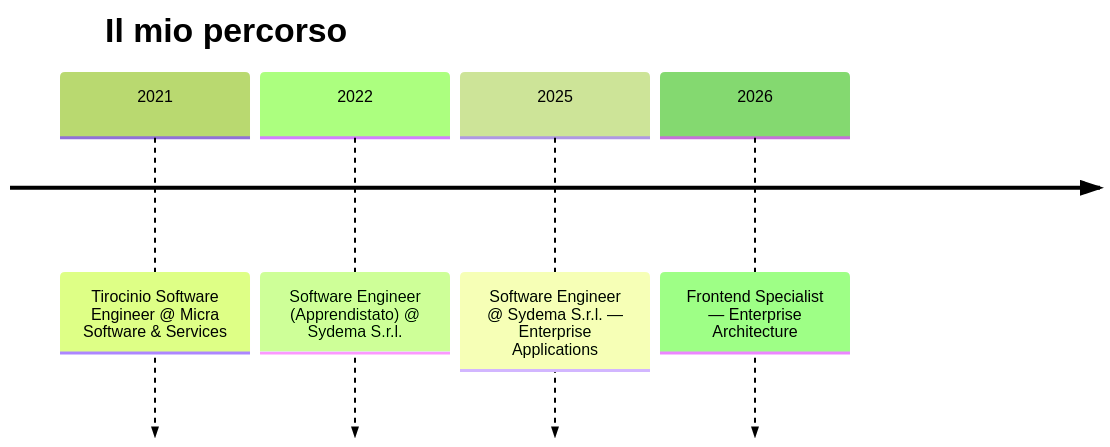
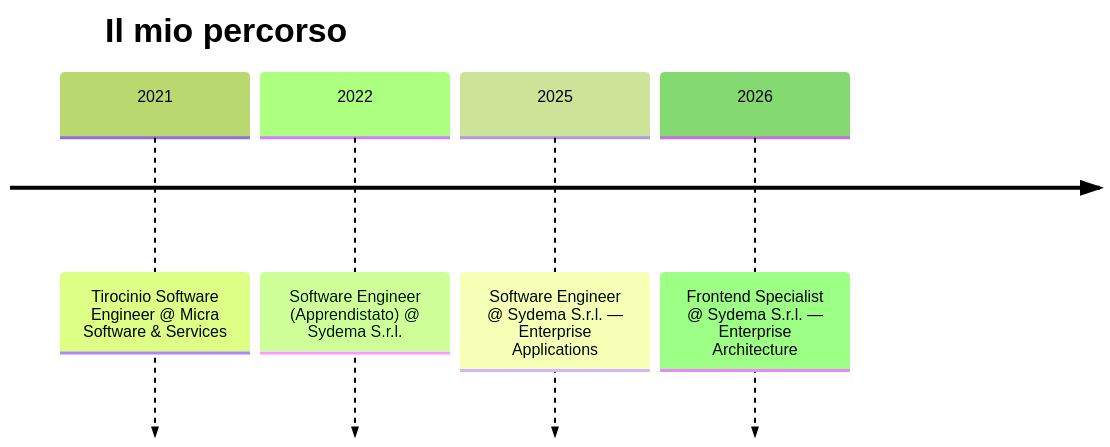
The diagram in README.md (CodeCube0/CodeCube0), drawn with Mermaid (forest theme) before and after one commit. The commit also changed other lines of this file and 4 other files, not shown here.

````diff
--- a/README.md
+++ b/README.md
@@ -70,8 +90,8 @@
 ```mermaid
 timeline
     title Il mio percorso
     2021 : Tirocinio Software Engineer @ Micra Software & Services
     2022 : Software Engineer (Apprendistato) @ Sydema S.r.l.
     2025 : Software Engineer @ Sydema S.r.l. — Enterprise Applications
-    2026 : Frontend Specialist — Enterprise Architecture
+    2026 : Frontend Specialist @ Sydema S.r.l. — Enterprise Architecture
 ```
````
